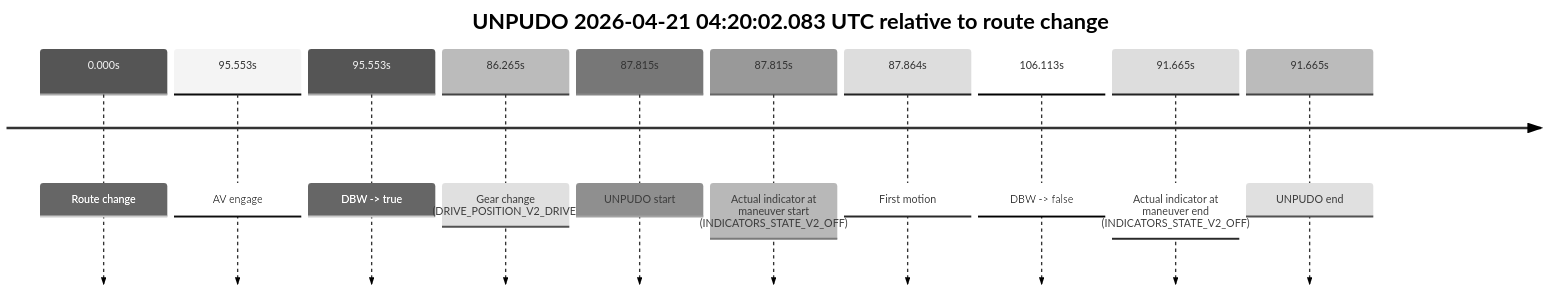
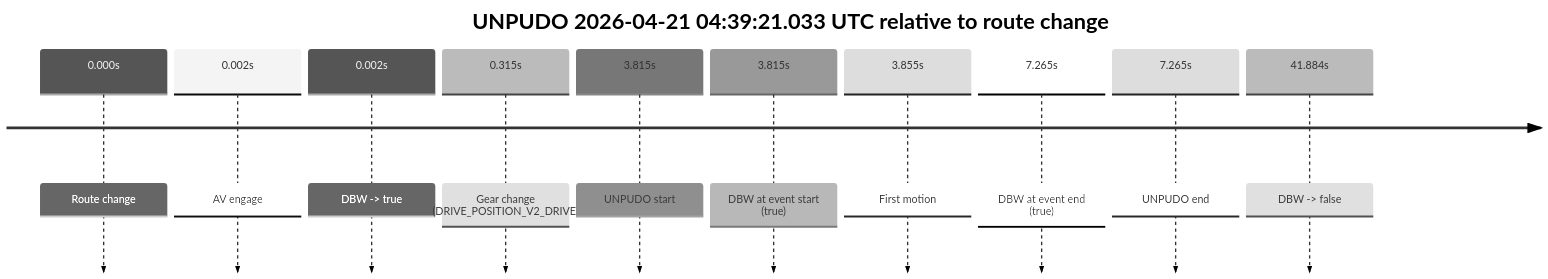
One commit to yoelshapiro/vault changed the ninth of 11 diagrams in model_analysis/report_cards/2026/04/Week-4/fme10011--2026-04-21--03-43-39--gen2-av-b428b172-abef-437f-9f20-d7e41dc7c203.md. Above: the diagram before and after it, drawn with Mermaid (neutral theme). The commit also changed other lines of this file and 1 other file, not shown here.

````diff
--- a/model_analysis/report_cards/2026/04/Week-4/fme10011--2026-04-21--03-43-39--gen2-av-b428b172-abef-437f-9f20-d7e41dc7c203.md
+++ b/model_analysis/report_cards/2026/04/Week-4/fme10011--2026-04-21--03-43-39--gen2-av-b428b172-abef-437f-9f20-d7e41dc7c203.md
@@ -473,14 +783,14 @@
 ```mermaid
 timeline
-    title UNPUDO 2026-04-21 04:20:02.083 UTC relative to route change
+    title UNPUDO 2026-04-21 04:39:21.033 UTC relative to route change
     0.000s : Route change
-    95.553s : AV engage
-    95.553s : DBW -> true
-    86.265s : Gear change (DRIVE_POSITION_V2_DRIVE)
-    87.815s : UNPUDO start
-    87.815s : Actual indicator at maneuver start (INDICATORS_STATE_V2_OFF)
-    87.864s : First motion
-    106.113s : DBW -> false
-    91.665s : Actual indicator at maneuver end (INDICATORS_STATE_V2_OFF)
-    91.665s : UNPUDO end
+    0.002s : AV engage
+    0.002s : DBW -> true
+    0.315s : Gear change (DRIVE_POSITION_V2_DRIVE)
+    3.815s : UNPUDO start
+    3.815s : DBW at event start (true)
+    3.855s : First motion
+    7.265s : DBW at event end (true)
+    7.265s : UNPUDO end
+    41.884s : DBW -> false
 ```
````
